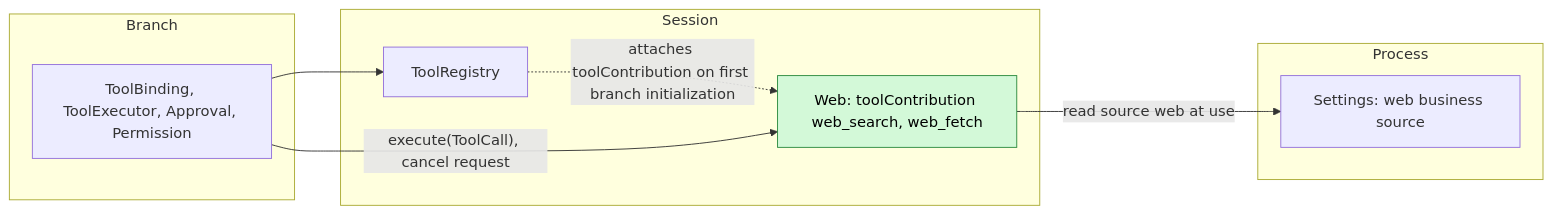
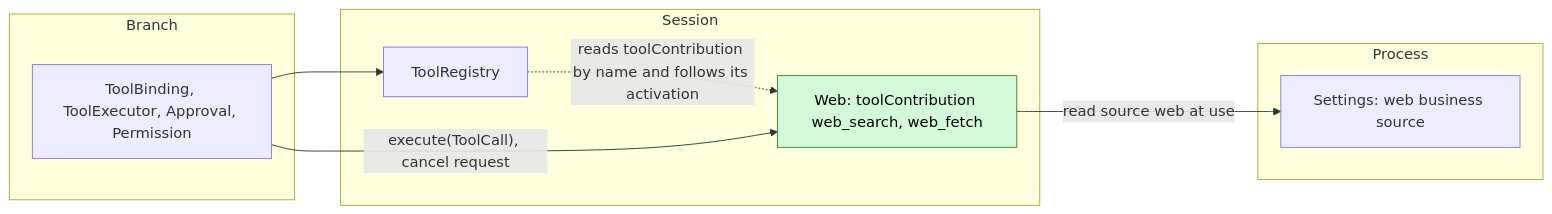
One commit to CoutinhoTTS/dim-agent changed the first of 5 diagrams in docs/design/plugins/Web.md. Above: the diagram before and after it, drawn with Mermaid. The commit also changed other lines of this file and 16 other files, not shown here.

First line of the commit message:
fix(tools): run the registry's refresh until its Session closes

````diff
--- a/docs/design/plugins/Web.md
+++ b/docs/design/plugins/Web.md
@@ -9,18 +9,18 @@
 ```mermaid
 flowchart LR
   subgraph PROC["Process"]
     Settings["Settings: web business source"]
   end
   subgraph SESS["Session"]
     Web["Web: toolContribution web_search, web_fetch"]:::new
     ToolRegistry["ToolRegistry"]
   end
   subgraph BR["Branch"]
     Exec["ToolBinding, ToolExecutor, Approval, Permission"]
   end
   Web -->|"read source web at use"| Settings
-  ToolRegistry -.->|"attaches toolContribution on first branch initialization"| Web
+  ToolRegistry -.->|"reads toolContribution by name and follows its activation"| Web
   Exec --> ToolRegistry
   Exec -->|"execute(ToolCall), cancel request"| Web
   classDef new fill:#d3f9d8,stroke:#2b8a3e,color:#000
 ```
````
